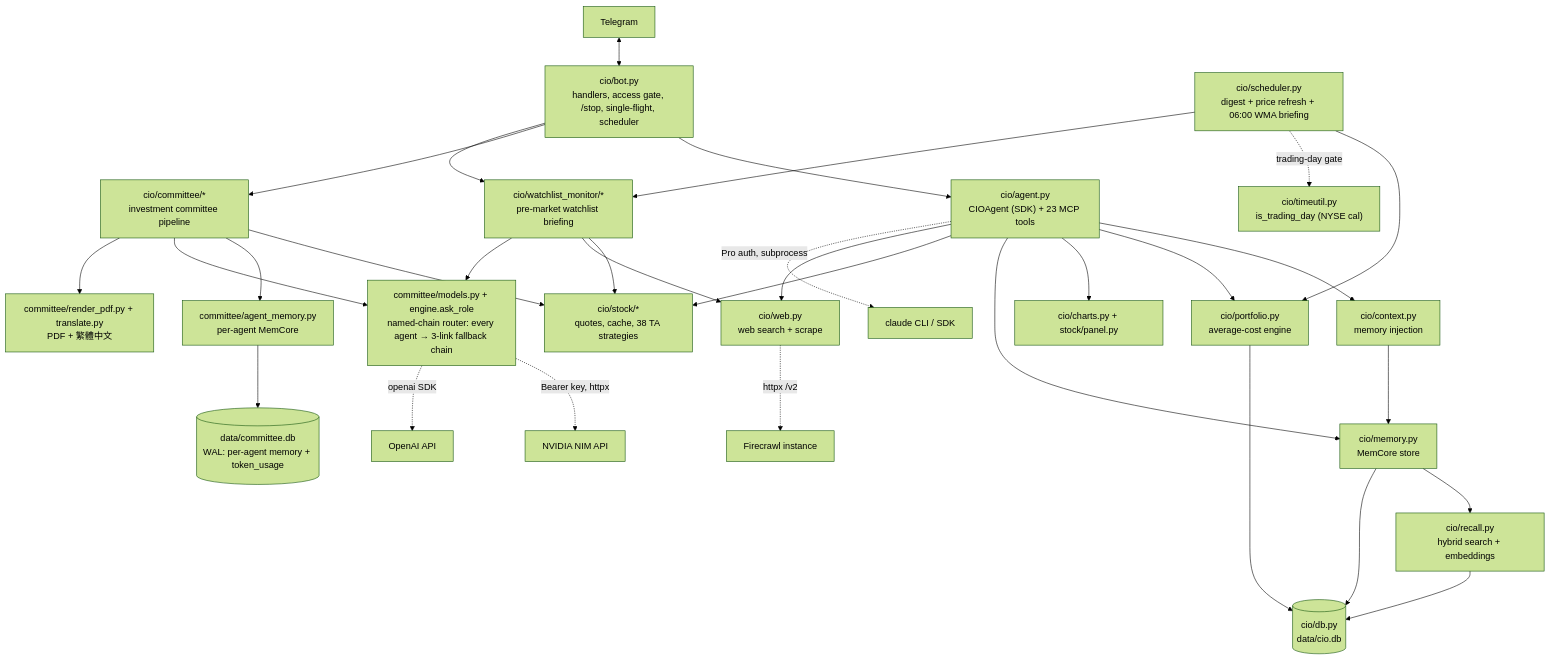
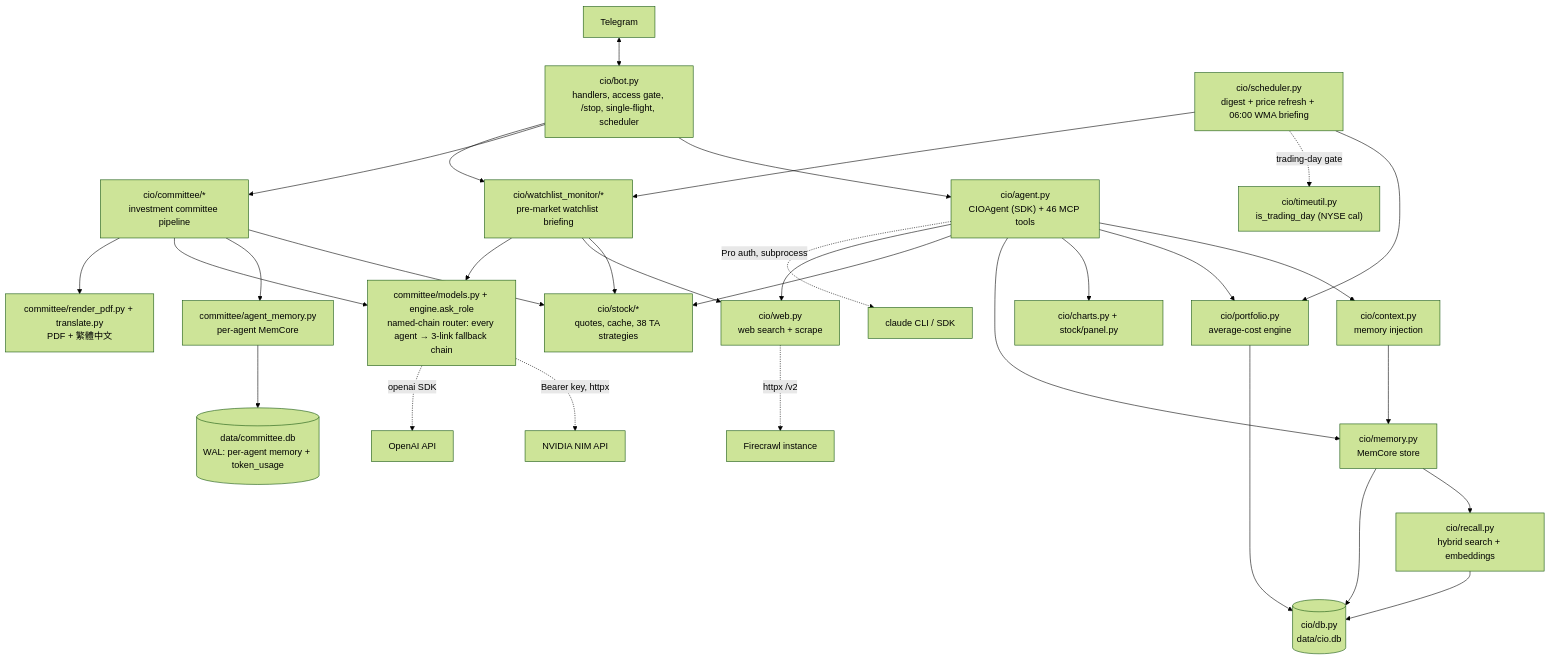
The first of 6 diagrams in docs/TECHNICAL_REPORT.md (cloudaipro/CIOAgent), drawn with Mermaid (forest theme) before and after one commit. The commit also changed other lines of this file and 2 other files, not shown here.

````diff
--- a/docs/TECHNICAL_REPORT.md
+++ b/docs/TECHNICAL_REPORT.md
@@ -39,33 +39,33 @@
 ```mermaid
 flowchart TD
     TG["Telegram"] <--> BOT["cio/bot.py<br/>handlers, access gate, /stop, single-flight, scheduler"]
-    BOT --> AGENT["cio/agent.py<br/>CIOAgent (SDK) + 23 MCP tools"]
+    BOT --> AGENT["cio/agent.py<br/>CIOAgent (SDK) + 46 MCP tools"]
     BOT --> COMM["cio/committee/*<br/>investment committee pipeline"]
     BOT --> WMA["cio/watchlist_monitor/*<br/>pre-market watchlist briefing"]
     AGENT --> CTX["cio/context.py<br/>memory injection"]
     AGENT --> PORT["cio/portfolio.py<br/>average-cost engine"]
     AGENT --> CHARTS["cio/charts.py + stock/panel.py"]
     AGENT --> MEM["cio/memory.py<br/>MemCore store"]
     AGENT --> STK["cio/stock/*<br/>quotes, cache, 38 TA strategies"]
     AGENT --> WEB["cio/web.py<br/>web search + scrape"]
     MEM --> RECALL["cio/recall.py<br/>hybrid search + embeddings"]
     CTX --> MEM
     COMM --> STK
     COMM --> AMEM["committee/agent_memory.py<br/>per-agent MemCore"]
     COMM --> MODELS["committee/models.py + engine.ask_role<br/>named-chain router: every agent → 3-link fallback chain"]
     COMM --> PDF["committee/render_pdf.py + translate.py<br/>PDF + 繁體中文"]
     AMEM --> CDB[("data/committee.db<br/>WAL: per-agent memory + token_usage")]
     PORT --> DB[("cio/db.py<br/>data/cio.db")]
     MEM --> DB
     RECALL --> DB
     SCHED["cio/scheduler.py<br/>digest + price refresh + 06:00 WMA briefing"] --> PORT
     SCHED -. "trading-day gate" .-> TU["cio/timeutil.py<br/>is_trading_day (NYSE cal)"]
     SCHED --> WMA
     WMA --> STK
     WMA --> WEB
     WMA --> MODELS
     AGENT -. "Pro auth, subprocess" .-> CLAUDE["claude CLI / SDK"]
     WEB -. "httpx /v2" .-> FC["Firecrawl instance"]
     MODELS -. "Bearer key, httpx" .-> NIM["NVIDIA NIM API"]
     MODELS -. "openai SDK" .-> OAI["OpenAI API"]
 ```
````
